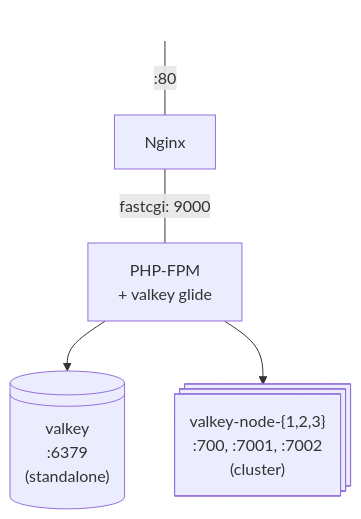
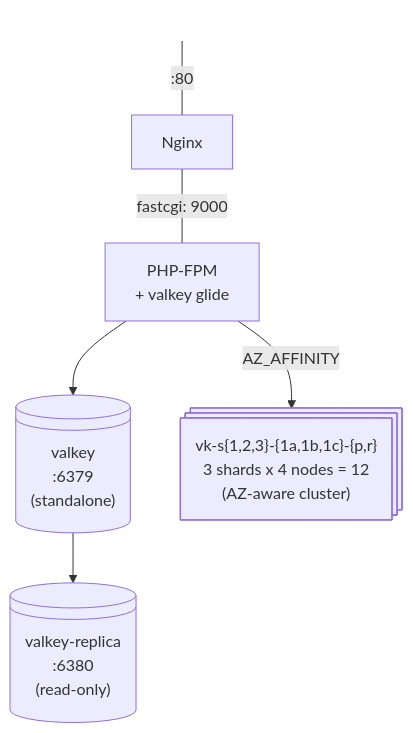
Before and after one commit to opensource-for-valkey/valkey-glide-php-docker: the diagram in README.md, drawn with Mermaid. The commit also changed other lines of this file and 7 other files, not shown here.

First line of the commit message:
feat(cluster): add 12-node AZ-aware Valkey cluster (us-east-1, 3 AZs)

````diff
--- a/README.md
+++ b/README.md
@@ -96,14 +127,16 @@
 ```mermaid
 flowchart TD
     nginx@{ shape: rect, label: "Nginx" }
     php@{ shape: rect, label: "PHP-FPM \n + valkey glide" }
     v@{ shape: lin-cyl, label: "valkey \n :6379 \n (standalone)" }
-    vn@{ shape: processes, label: "valkey-node-{1,2,3} \n :700, :7001, :7002 \n (cluster)"}
+    vr@{ shape: lin-cyl, label: "valkey-replica \n :6380 \n (read-only)" }
+    vn@{ shape: processes, label: "vk-s{1,2,3}-{1a,1b,1c}-{p,r} \n 3 shards x 4 nodes = 12 \n (AZ-aware cluster)"}
 
     START[ ] --- |:80| nginx
     nginx --- |fastcgi: 9000| php
-    php --> v 
-    php --> vn
+    php --> v
+    v --> vr
+    php --> |AZ_AFFINITY| vn
 
     style START fill:#FFFFFF00, stroke:#FFFFFF00;
 ```
````
